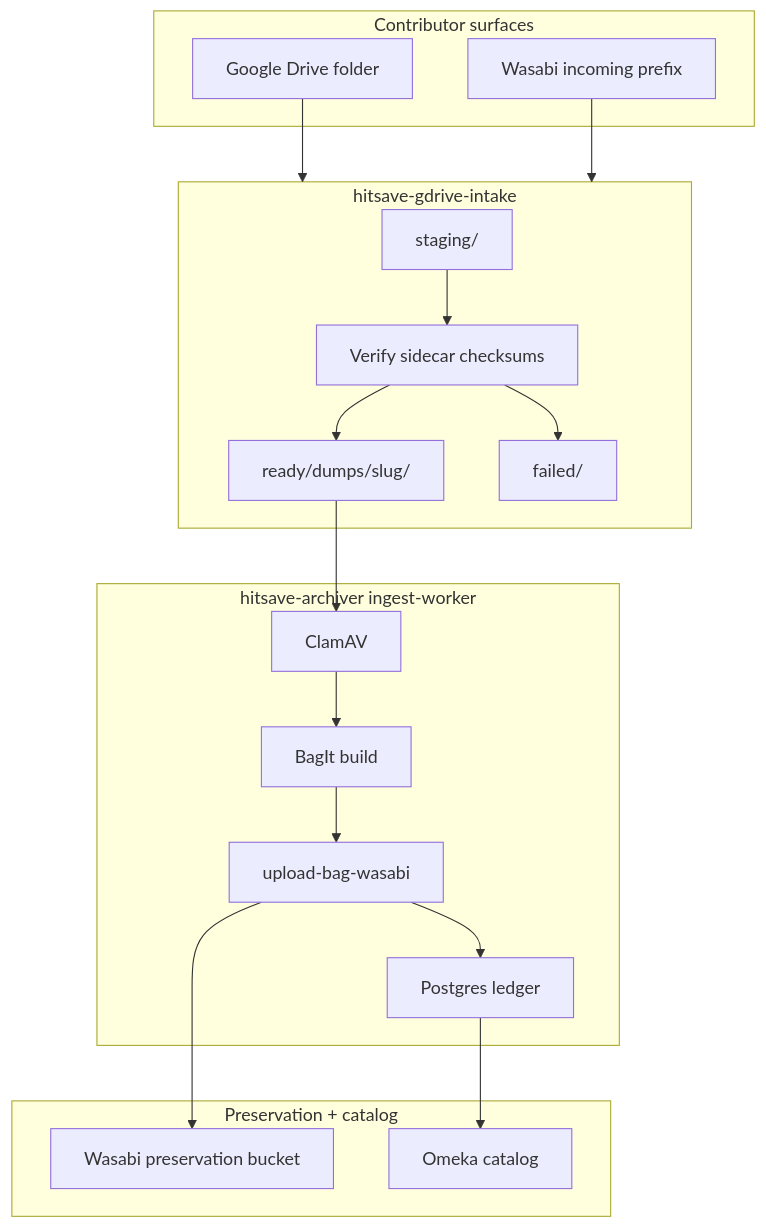
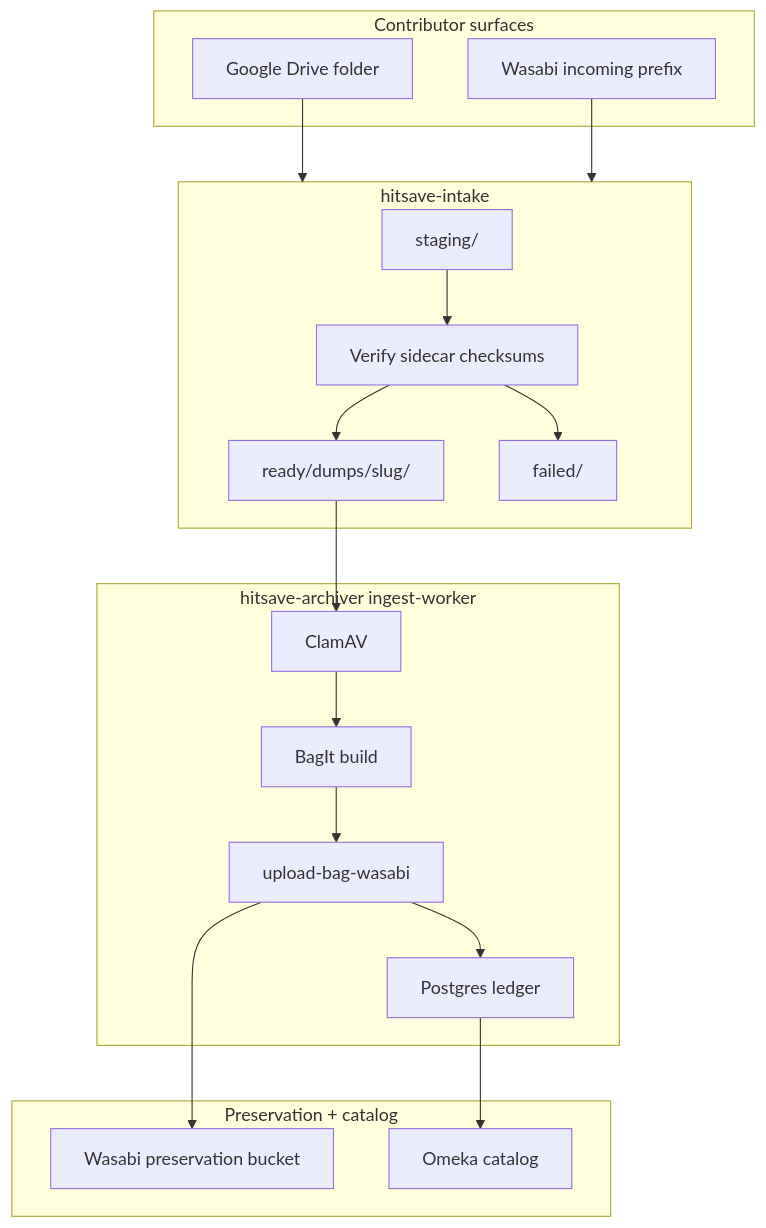
One commit to hitsave/hitsave-archiver changed the diagram in docs/remote-intake-lanes.md. Above: the diagram before and after it, drawn with Mermaid. The commit also changed other lines of this file and 43 other files, not shown here.

First line of the commit message:
Rename gdrive-intake to hitsave-intake (names and env vars)

````diff
--- a/docs/remote-intake-lanes.md
+++ b/docs/remote-intake-lanes.md
@@ -32,31 +32,31 @@
 ```mermaid
 flowchart TD
   subgraph remote [Contributor surfaces]
     GD[Google Drive folder]
     WBI[Wasabi incoming prefix]
   end
-  subgraph intake [hitsave-gdrive-intake]
+  subgraph intake [hitsave-intake]
     ST[staging/]
     RD[ready/dumps/slug/]
     FL[failed/]
     VER[Verify sidecar checksums]
   end
   subgraph archiver [hitsave-archiver ingest-worker]
     CL[ClamAV]
     BG[BagIt build]
     UP[upload-bag-wasabi]
     LG[Postgres ledger]
   end
   subgraph preserve [Preservation + catalog]
     WB[Wasabi preservation bucket]
     OK[Omeka catalog]
   end
   GD --> intake
   WBI --> intake
   ST --> VER
   VER --> RD
   VER --> FL
   RD --> CL --> BG --> UP --> LG
   UP --> WB
   LG --> OK
 ```
````
